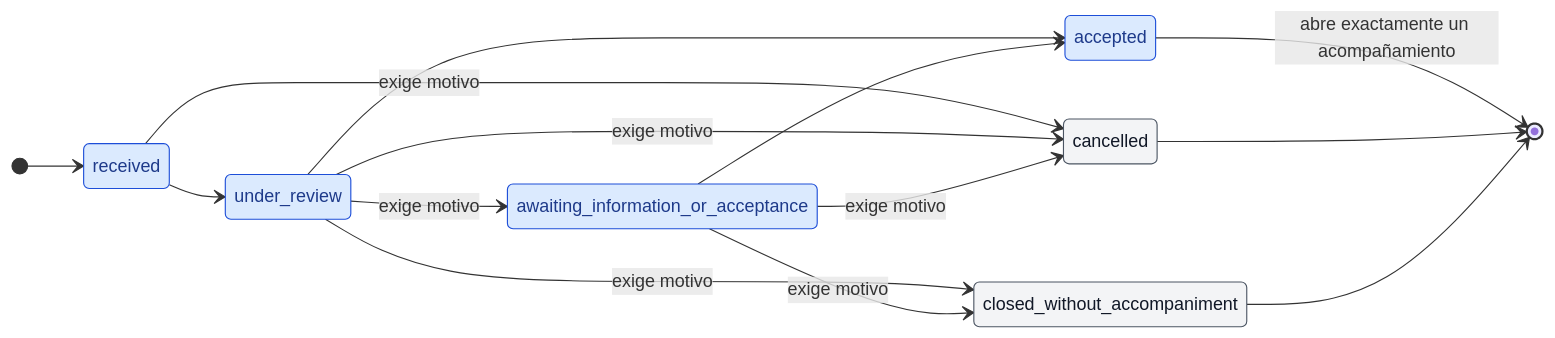
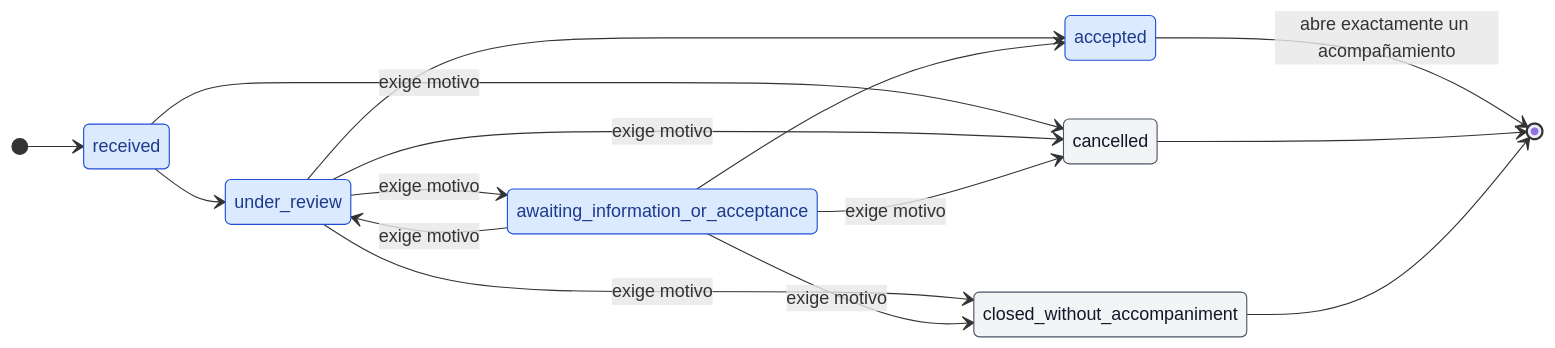
Before and after one commit to FernandoValdes01/ceretime: the diagram in convex/domain/requests/state-model.md, drawn with Mermaid. The commit also changed other lines of this file and 37 other files, not shown here.

````diff
--- a/convex/domain/requests/state-model.md
+++ b/convex/domain/requests/state-model.md
@@ -7,26 +7,27 @@
 ```mermaid
 stateDiagram-v2
     direction LR
 
     [*] --> received
 
     received --> under_review
     under_review --> awaiting_information_or_acceptance : exige motivo
     under_review --> accepted
     awaiting_information_or_acceptance --> accepted
+    awaiting_information_or_acceptance --> under_review : exige motivo
 
     received --> cancelled : exige motivo
     under_review --> cancelled : exige motivo
     awaiting_information_or_acceptance --> cancelled : exige motivo
     under_review --> closed_without_accompaniment : exige motivo
     awaiting_information_or_acceptance --> closed_without_accompaniment : exige motivo
 
     accepted --> [*] : abre exactamente un acompañamiento
     cancelled --> [*]
     closed_without_accompaniment --> [*]
 
     classDef sprint1 fill:#dbeafe,stroke:#1d4ed8,color:#1e3a8a
     classDef closure fill:#f3f4f6,stroke:#4b5563,color:#111827
     class received,under_review,awaiting_information_or_acceptance,accepted sprint1
     class closed_without_accompaniment,cancelled closure
 ```
````
